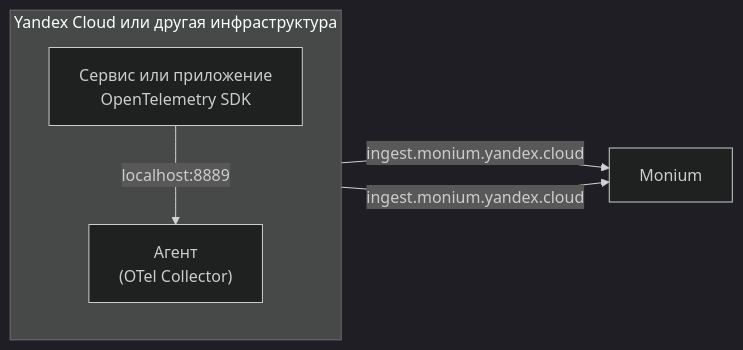
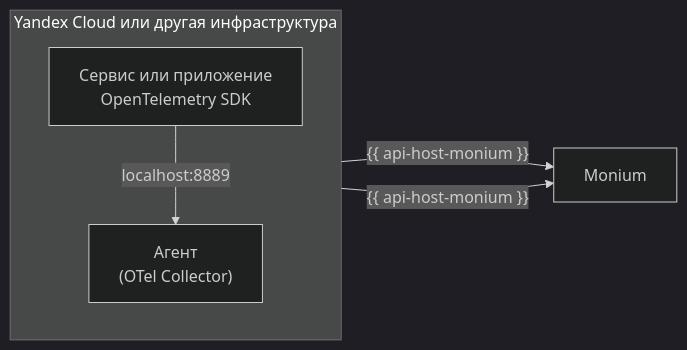
The diagram in ru/_mermaid/other/monium/data-transfer-light.md (yandex-cloud/docs), drawn with Mermaid (dark theme) before and after one commit. The commit also changed 155 other files, not shown here.

````diff
--- a/ru/_mermaid/other/monium/data-transfer-light.md
+++ b/ru/_mermaid/other/monium/data-transfer-light.md
@@ -1,13 +1,13 @@
 ```mermaid
 graph LR
 
   subgraph Local["Yandex Cloud или другая инфраструктура"]
     direction TB
     A["Сервис или приложение<br/>OpenTelemetry SDK"]
     B["Агент<br>(OTel Collector)"]
   end
 
   A -->|"localhost:8889"| B
-  B -->|"ingest.monium.yandex.cloud"| C
-  A -->|"ingest.monium.yandex.cloud"| C["Monium"]
+  B -->|"{{ api-host-monium }}"| C
+  A -->|"{{ api-host-monium }}"| C["Monium"]
 ```
````
